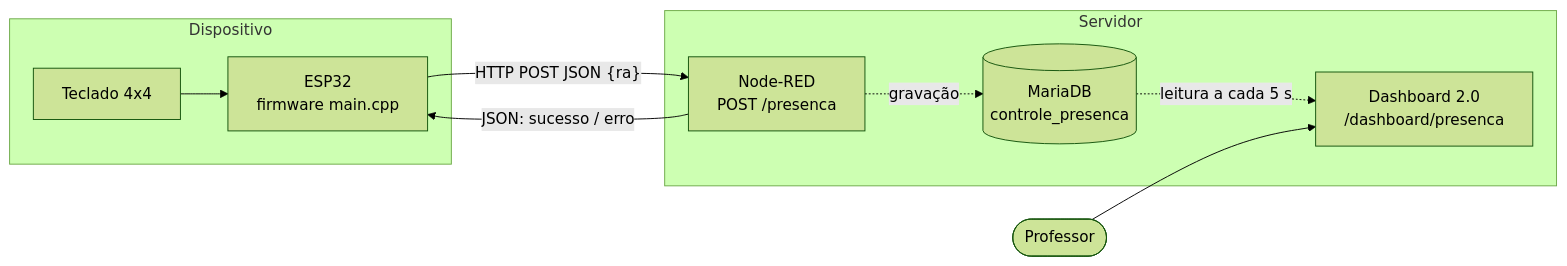
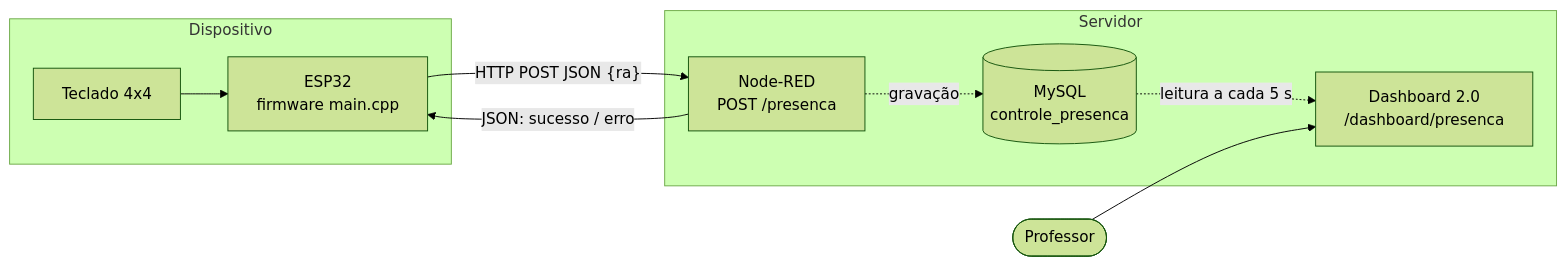
The first of 3 diagrams in README.md (GMaruccio/Controle-De-Presenca), drawn with Mermaid (forest theme) before and after one commit. The commit also changed other lines of this file, not shown here.

````diff
--- a/README.md
+++ b/README.md
@@ -130,15 +130,15 @@
 ```mermaid
 flowchart LR
     subgraph Dispositivo
         K[Teclado 4x4] --> E[ESP32<br/>firmware main.cpp]
     end
     subgraph Servidor
         N[Node-RED<br/>POST /presenca]
         D[Dashboard 2.0<br/>/dashboard/presenca]
-        N -. gravação .-> DB[(MariaDB<br/>controle_presenca)]
+        N -. gravação .-> DB[(MySQL<br/>controle_presenca)]
         DB -. leitura a cada 5 s .-> D
     end
     E -- "HTTP POST JSON {ra}" --> N
     N -- "JSON: sucesso / erro" --> E
     P([Professor]) --> D
 ```
````
